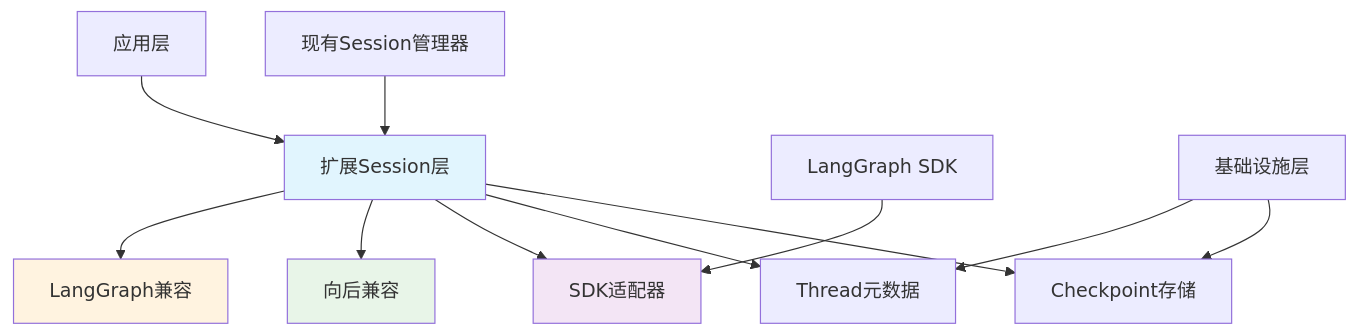
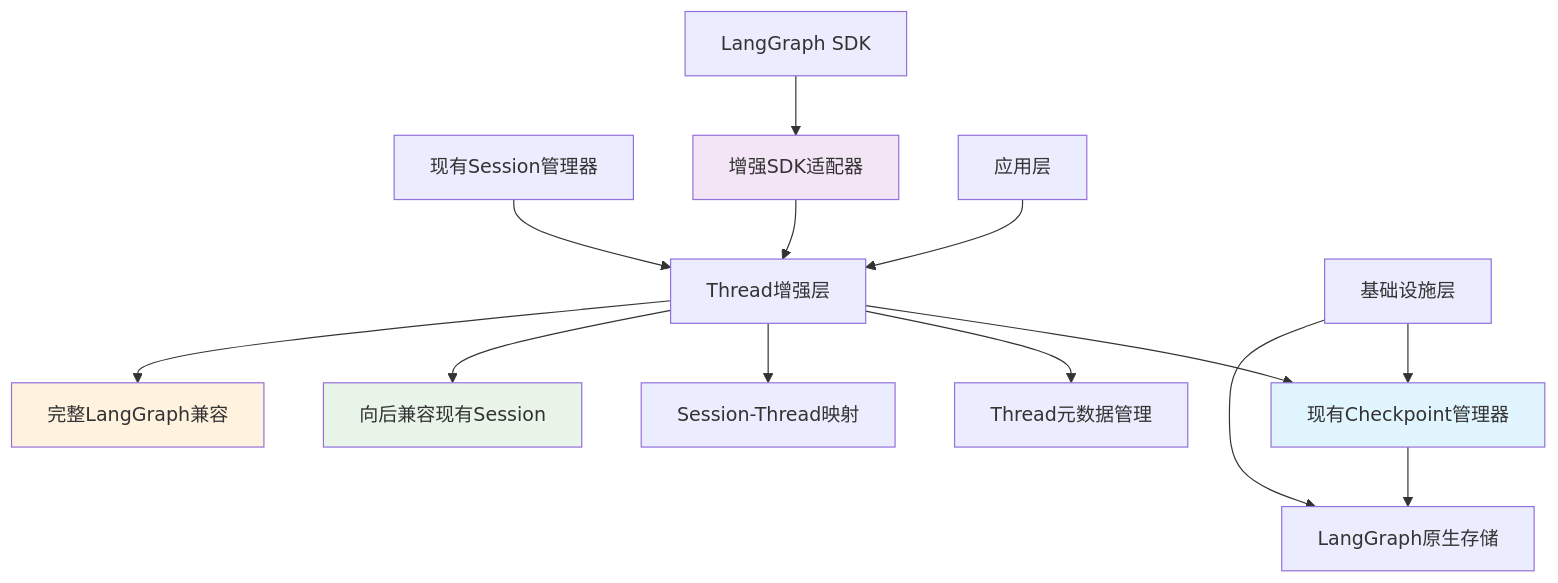
One commit to kkkqkx123/open-agent changed the diagram in docs/architecture/session/langgraph-integration-summary.md. Above: the diagram before and after it, drawn with Mermaid. The commit also changed other lines of this file and 6 other files, not shown here.

````diff
--- a/docs/architecture/session/langgraph-integration-summary.md
+++ b/docs/architecture/session/langgraph-integration-summary.md
@@ -69,20 +78,23 @@
 ```mermaid
 graph TB
-    A[现有Session管理器] --> B[扩展Session层]
-    B --> C[Checkpoint存储]
-    B --> D[Thread元数据]
-    B --> E[SDK适配器]
+    A[现有Session管理器] --> B[Thread增强层]
+    B --> C[现有Checkpoint管理器]
+    C --> D[LangGraph原生存储]
+    B --> E[Thread元数据管理]
+    B --> F[Session-Thread映射]
     
-    F[LangGraph SDK] --> E
-    G[应用层] --> B
-    H[基础设施层] --> C
-    H --> D
+    G[LangGraph SDK] --> H[增强SDK适配器]
+    H --> B
     
-    B --> I[向后兼容]
-    B --> J[LangGraph兼容]
+    I[应用层] --> B
+    J[基础设施层] --> C
+    J --> D
     
-    style B fill:#e1f5fe
-    style E fill:#f3e5f5
-    style I fill:#e8f5e8
-    style J fill:#fff3e0
+    B --> K[向后兼容现有Session]
+    B --> L[完整LangGraph兼容]
+    
+    style C fill:#e1f5fe
+    style H fill:#f3e5f5
+    style K fill:#e8f5e8
+    style L fill:#fff3e0
 ```
````
